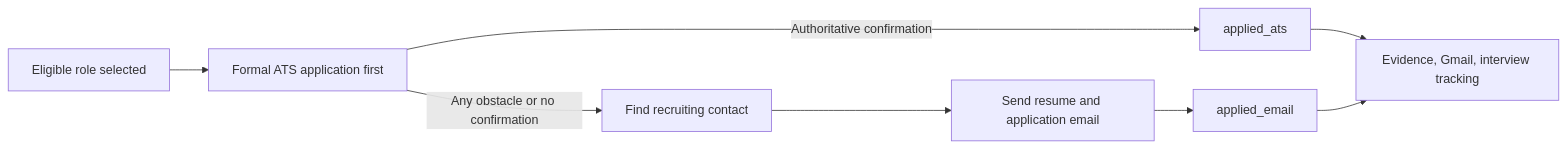
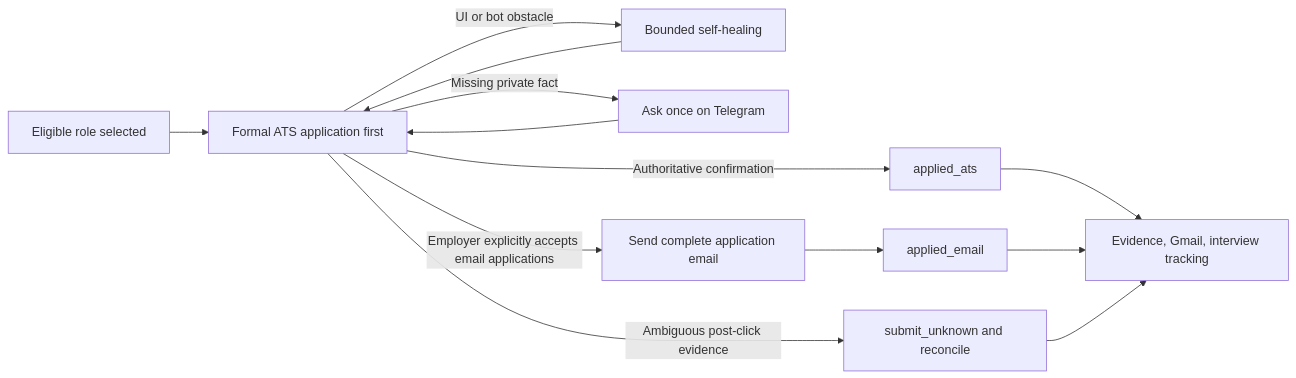
One commit to Daisuke134/anicca changed the second of 4 diagrams in docs/superpowers/plans/2026-08-02-job-hunter-local-completion.md. Above: the diagram before and after it, drawn with Mermaid. The commit also changed other lines of this file, not shown here.

````diff
--- a/docs/superpowers/plans/2026-08-02-job-hunter-local-completion.md
+++ b/docs/superpowers/plans/2026-08-02-job-hunter-local-completion.md
@@ -1180,10 +1255,15 @@
 ```mermaid
 flowchart LR
     A[Eligible role selected] --> B[Formal ATS application first]
     B -->|Authoritative confirmation| C[applied_ats]
-    B -->|Any obstacle or no confirmation| D[Find recruiting contact]
-    D --> E[Send resume and application email]
+    B -->|UI or bot obstacle| D[Bounded self-healing]
+    D --> B
+    B -->|Missing private fact| Q[Ask once on Telegram]
+    Q --> B
+    B -->|Ambiguous post-click evidence| U[submit_unknown and reconcile]
+    B -->|Employer explicitly accepts email applications| E[Send complete application email]
     E --> F[applied_email]
     C --> G[Evidence, Gmail, interview tracking]
     F --> G
+    U --> G
 ```
````
